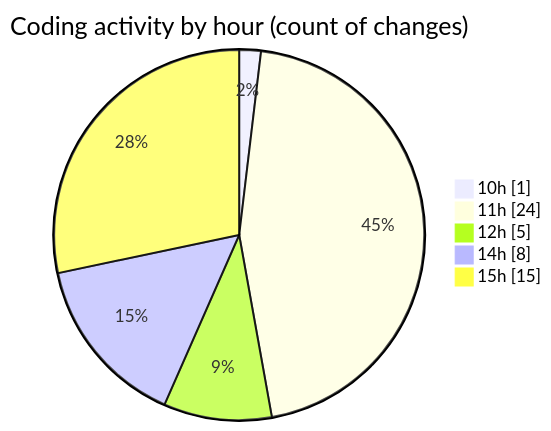
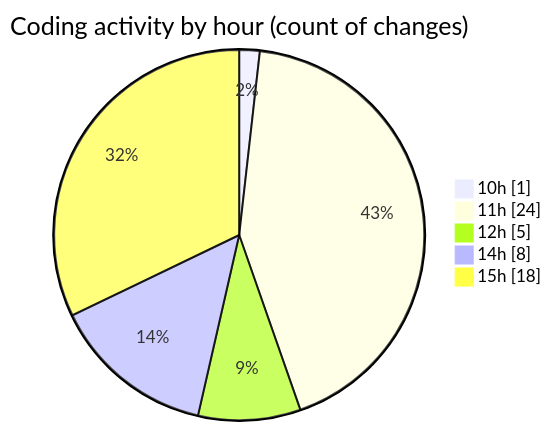
One commit to debugP/code-tracking changed the second of 2 diagrams in 2025-10-03/untitled__workspace_/README.md. Above: the diagram before and after it, drawn with Mermaid. The commit also changed other lines of this file and 1 other file, not shown here.

````diff
--- a/2025-10-03/untitled__workspace_/README.md
+++ b/2025-10-03/untitled__workspace_/README.md
@@ -31,9 +31,9 @@
 ```mermaid
 pie showData
 title Coding activity by hour (count of changes)
 "10h" : 1
 "11h" : 24
 "12h" : 5
 "14h" : 8
-"15h" : 15
+"15h" : 18
 ```
````
